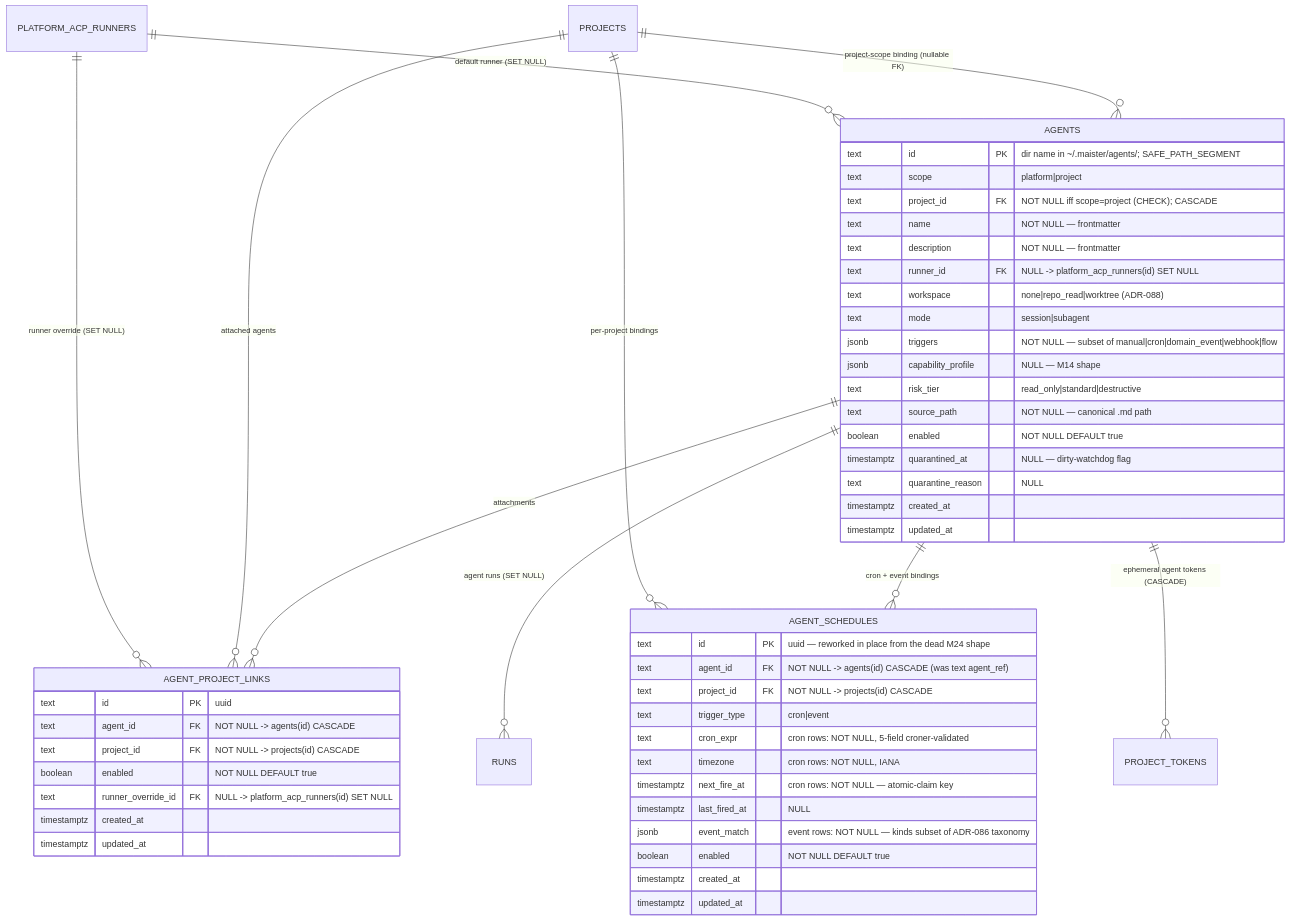
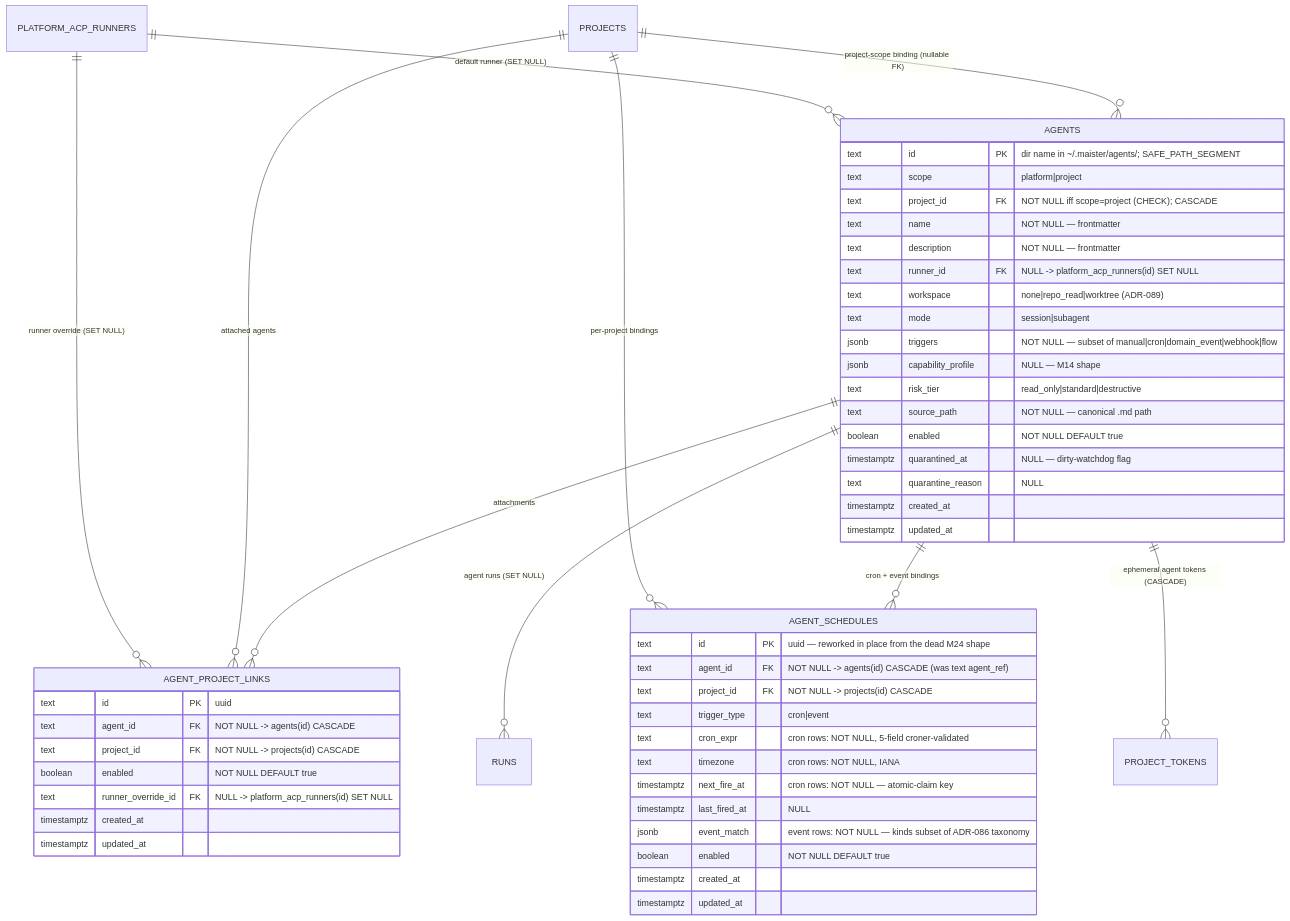
The diagram in docs/db/agents-domain.md (maister-dev/maister), drawn with Mermaid before and after one commit. The commit also changed other lines of this file and 101 other files, not shown here.

````diff
--- a/docs/db/agents-domain.md
+++ b/docs/db/agents-domain.md
@@ -14,57 +14,57 @@
 ```mermaid
 erDiagram
     PROJECTS ||--o{ AGENTS : "project-scope binding (nullable FK)"
     PLATFORM_ACP_RUNNERS ||--o{ AGENTS : "default runner (SET NULL)"
     AGENTS ||--o{ AGENT_PROJECT_LINKS : "attachments"
     PROJECTS ||--o{ AGENT_PROJECT_LINKS : "attached agents"
     PLATFORM_ACP_RUNNERS ||--o{ AGENT_PROJECT_LINKS : "runner override (SET NULL)"
     AGENTS ||--o{ AGENT_SCHEDULES : "cron + event bindings"
     PROJECTS ||--o{ AGENT_SCHEDULES : "per-project bindings"
     AGENTS ||--o{ RUNS : "agent runs (SET NULL)"
     AGENTS ||--o{ PROJECT_TOKENS : "ephemeral agent tokens (CASCADE)"
 
     AGENTS {
         text id PK "dir name in ~/.maister/agents/; SAFE_PATH_SEGMENT"
         text scope "platform|project"
         text project_id FK "NOT NULL iff scope=project (CHECK); CASCADE"
         text name "NOT NULL — frontmatter"
         text description "NOT NULL — frontmatter"
         text runner_id FK "NULL -> platform_acp_runners(id) SET NULL"
-        text workspace "none|repo_read|worktree (ADR-088)"
+        text workspace "none|repo_read|worktree (ADR-089)"
         text mode "session|subagent"
         jsonb triggers "NOT NULL — subset of manual|cron|domain_event|webhook|flow"
         jsonb capability_profile "NULL — M14 shape"
         text risk_tier "read_only|standard|destructive"
         text source_path "NOT NULL — canonical .md path"
         boolean enabled "NOT NULL DEFAULT true"
         timestamptz quarantined_at "NULL — dirty-watchdog flag"
         text quarantine_reason "NULL"
         timestamptz created_at
         timestamptz updated_at
     }
 
     AGENT_PROJECT_LINKS {
         text id PK "uuid"
         text agent_id FK "NOT NULL -> agents(id) CASCADE"
         text project_id FK "NOT NULL -> projects(id) CASCADE"
         boolean enabled "NOT NULL DEFAULT true"
         text runner_override_id FK "NULL -> platform_acp_runners(id) SET NULL"
         timestamptz created_at
         timestamptz updated_at
     }
 
     AGENT_SCHEDULES {
         text id PK "uuid — reworked in place from the dead M24 shape"
         text agent_id FK "NOT NULL -> agents(id) CASCADE (was text agent_ref)"
         text project_id FK "NOT NULL -> projects(id) CASCADE"
         text trigger_type "cron|event"
         text cron_expr "cron rows: NOT NULL, 5-field croner-validated"
         text timezone "cron rows: NOT NULL, IANA"
         timestamptz next_fire_at "cron rows: NOT NULL — atomic-claim key"
         timestamptz last_fired_at "NULL"
         jsonb event_match "event rows: NOT NULL — kinds subset of ADR-086 taxonomy"
         boolean enabled "NOT NULL DEFAULT true"
         timestamptz created_at
         timestamptz updated_at
     }
 ```
````
